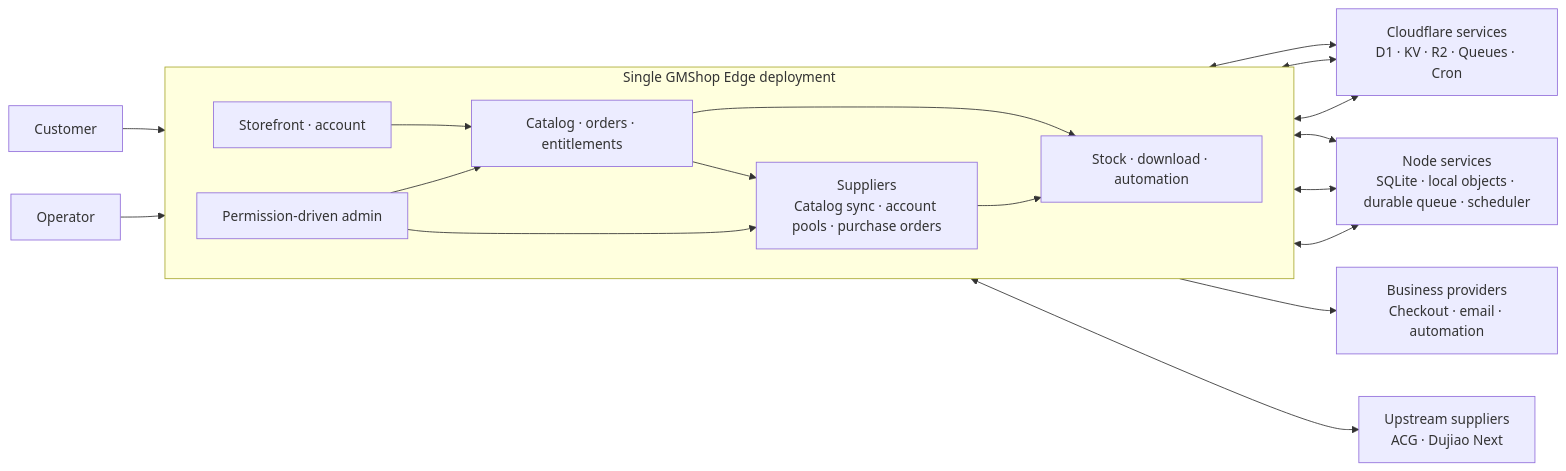
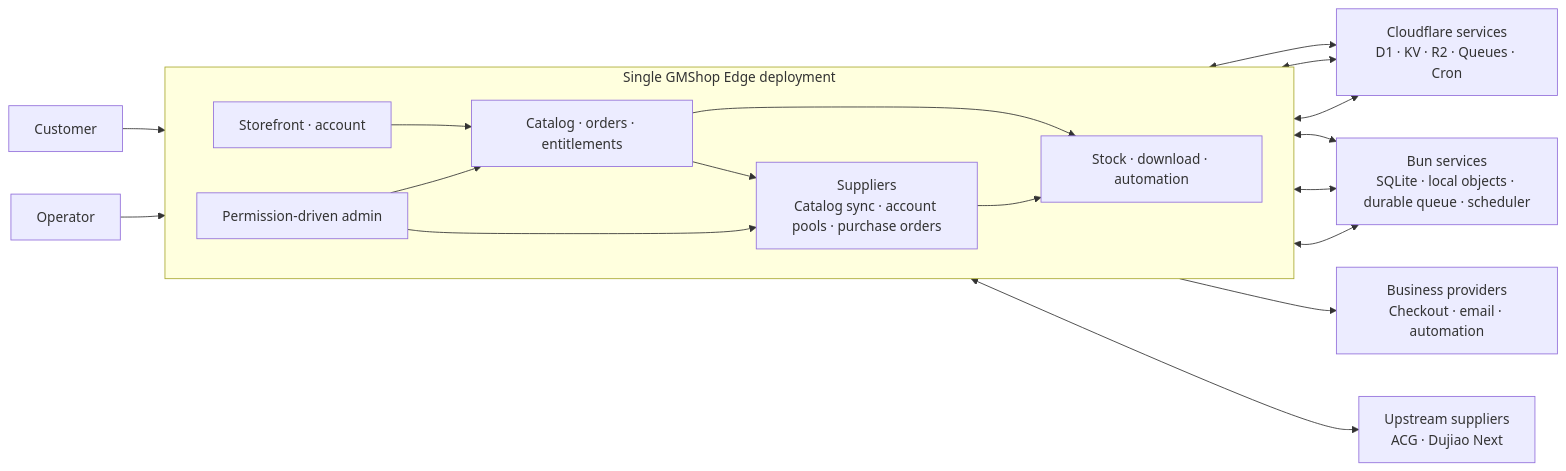
Before and after one commit to FuaerCN/gmshop-edge: the diagram in README.md, drawn with Mermaid. The commit also changed other lines of this file and 67 other files, not shown here.

First line of the commit message:
fix(runtime): migrate server runtime from Node.js to Bun

````diff
--- a/README.md
+++ b/README.md
@@ -78,37 +78,37 @@
 ```mermaid
 flowchart LR
     Customer["Customer"]
     Operator["Operator"]
 
     subgraph Runtime["Single GMShop Edge deployment"]
         direction LR
         Storefront["Storefront · account"]
         Admin["Permission-driven admin"]
         Commerce["Catalog · orders · entitlements"]
         Suppliers["Suppliers<br/>Catalog sync · account pools · purchase orders"]
         Delivery["Stock · download · automation"]
 
         Storefront --> Commerce
         Admin --> Commerce
         Admin --> Suppliers
         Commerce --> Delivery
         Commerce --> Suppliers
         Suppliers --> Delivery
     end
 
     Cloudflare["Cloudflare services<br/>D1 · KV · R2 · Queues · Cron"]
-    Node["Node services<br/>SQLite · local objects · durable queue · scheduler"]
+    Bun["Bun services<br/>SQLite · local objects · durable queue · scheduler"]
     Providers["Business providers<br/>Checkout · email · automation"]
     Upstreams["Upstream suppliers<br/>ACG · Dujiao Next"]
 
     Customer --> Storefront
     Operator --> Admin
     Commerce <--> Cloudflare
     Suppliers <--> Cloudflare
     Delivery <--> Cloudflare
-    Commerce <--> Node
-    Suppliers <--> Node
-    Delivery <--> Node
+    Commerce <--> Bun
+    Suppliers <--> Bun
+    Delivery <--> Bun
     Delivery --> Providers
     Suppliers <--> Upstreams
 ```
````
